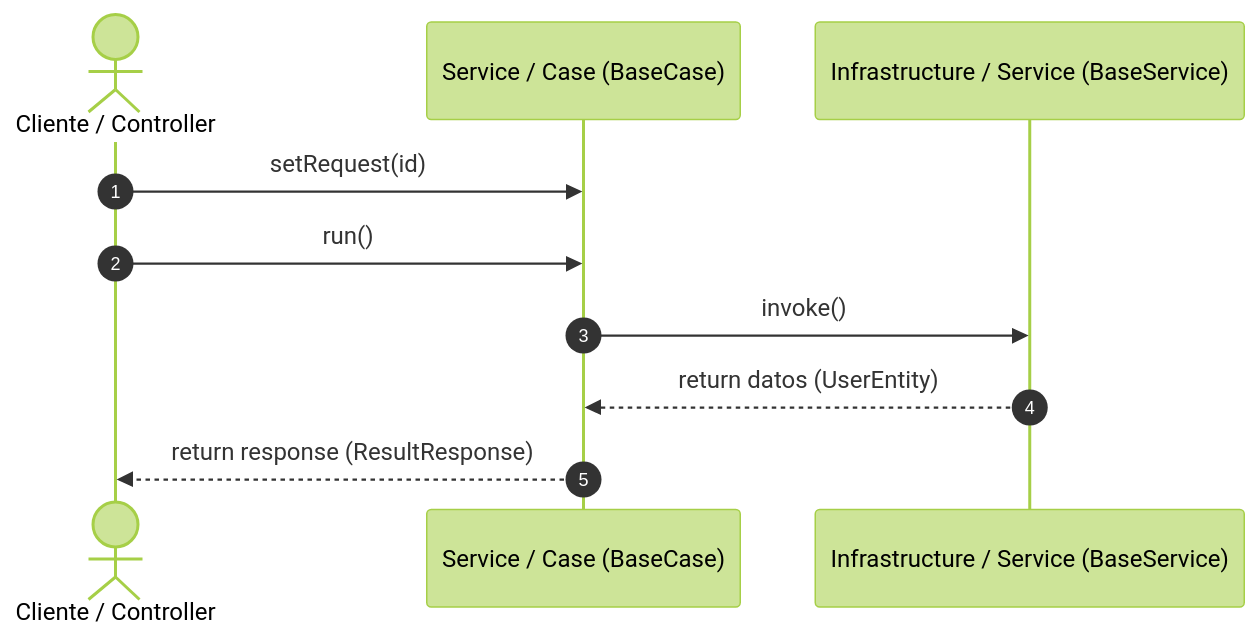
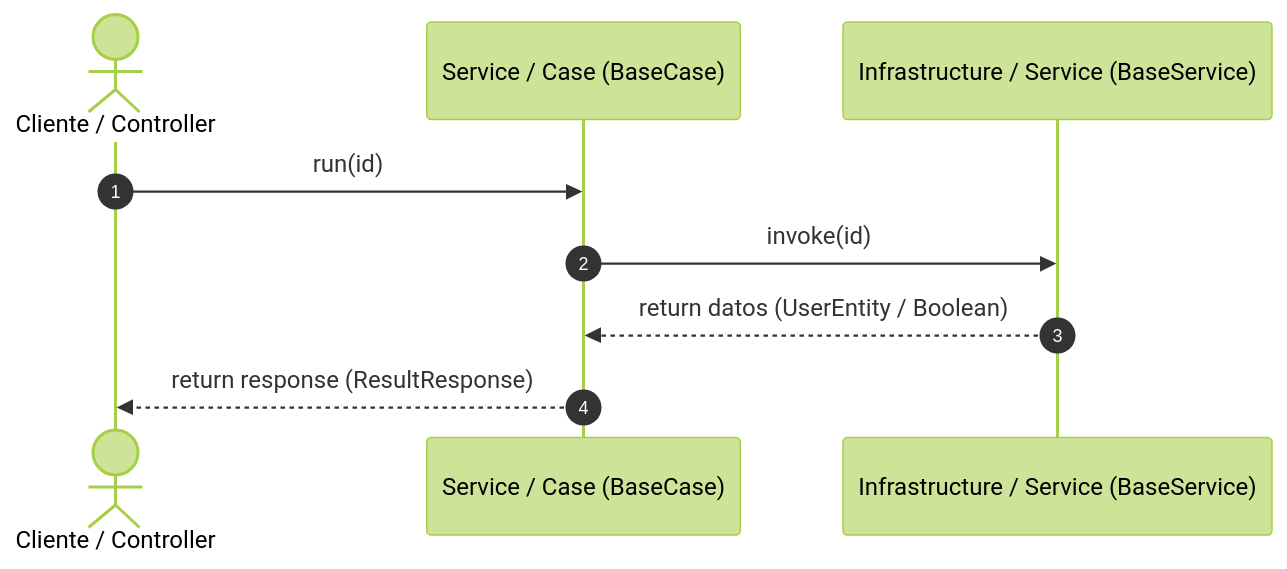
The diagram in README.md (edythawne/java-arch-prototype), drawn with Mermaid (forest theme) before and after one commit. The commit also changed other lines of this file and 10 other files, not shown here.

````diff
--- a/README.md
+++ b/README.md
@@ -30,14 +30,13 @@
 ```mermaid
 sequenceDiagram
     autonumber
     actor Client as Cliente / Controller
     participant UseCase as Service / Case (BaseCase)
     participant Repo as Infrastructure / Service (BaseService)
 
-    Client->>UseCase: setRequest(id)
-    Client->>UseCase: run()
-    UseCase->>Repo: invoke()
-    Repo-->>UseCase: return datos (UserEntity)
+    Client->>UseCase: run(id)
+    UseCase->>Repo: invoke(id)
+    Repo-->>UseCase: return datos (UserEntity / Boolean)
     UseCase-->>Client: return response (ResultResponse)
 
 ```
````
